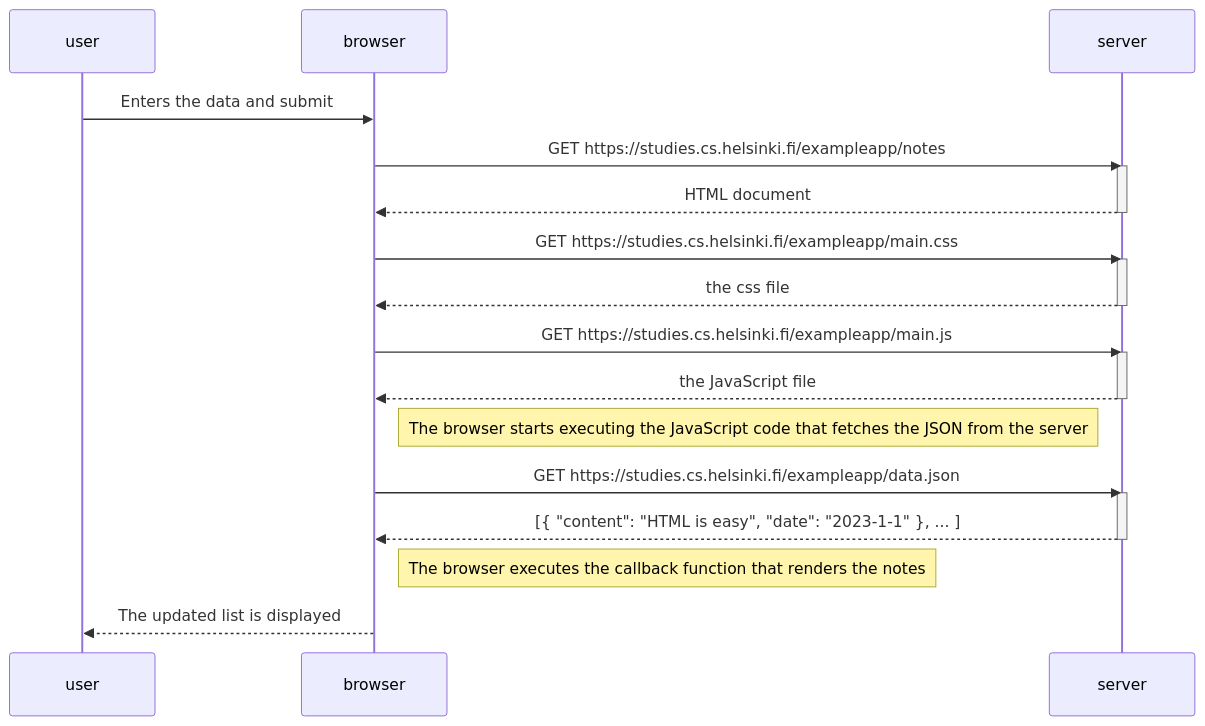
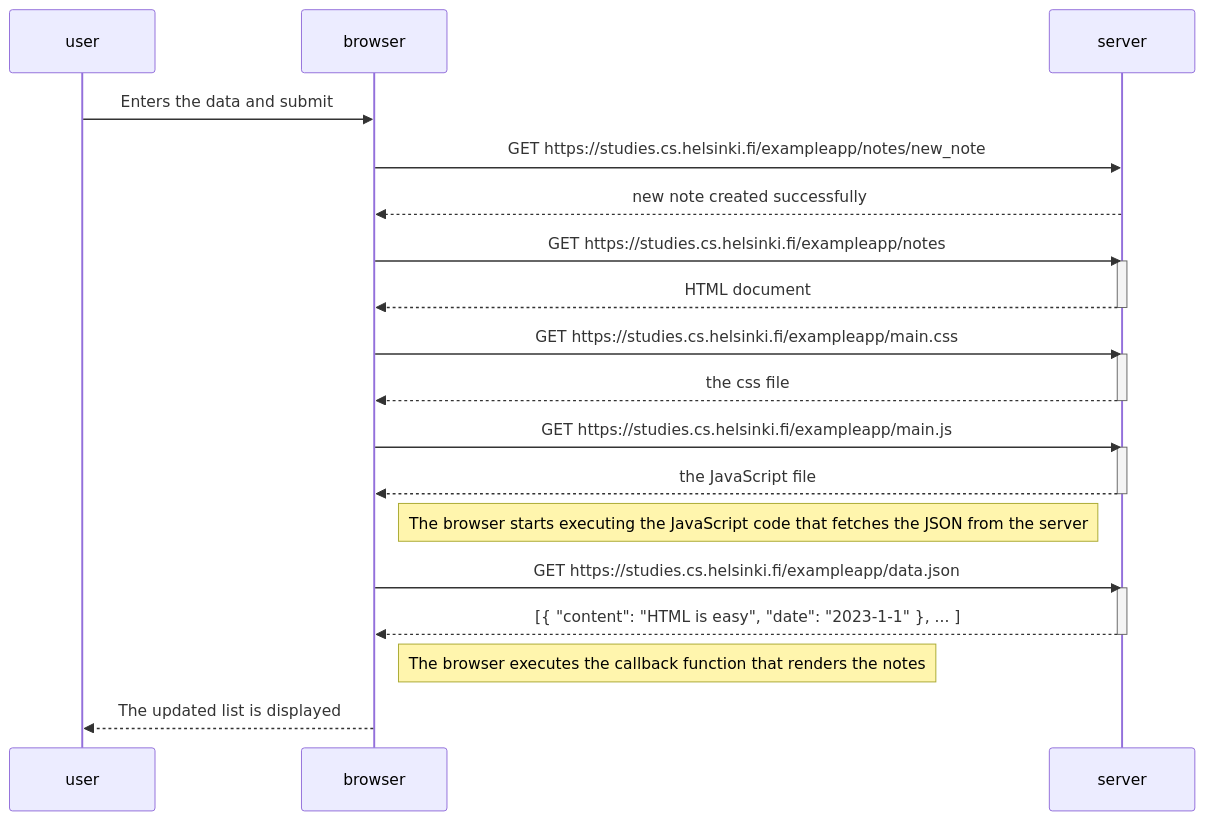
One commit to 2getsandesh/fullstackopen changed the diagram in 0.4.md. Above: the diagram before and after it, drawn with Mermaid.

````diff
--- a/0.4.md
+++ b/0.4.md
@@ -1,35 +1,37 @@
 ```mermaid
 sequenceDiagram
     participant user
     participant browser
     participant server
     
     
     user->>browser: Enters the data and submit
 
+    browser->>server: GET https://studies.cs.helsinki.fi/exampleapp/notes/new_note
+    server-->>browser: new note created successfully
     browser->>server: GET https://studies.cs.helsinki.fi/exampleapp/notes
     activate server
     server-->>browser: HTML document
     deactivate server
 
     browser->>server: GET https://studies.cs.helsinki.fi/exampleapp/main.css
     activate server
     server-->>browser: the css file
     deactivate server
 
     browser->>server: GET https://studies.cs.helsinki.fi/exampleapp/main.js
     activate server
     server-->>browser: the JavaScript file
     deactivate server
 
     Note right of browser: The browser starts executing the JavaScript code that fetches the JSON from the server
 
     browser->>server: GET https://studies.cs.helsinki.fi/exampleapp/data.json
     activate server
     server-->>browser: [{ "content": "HTML is easy", "date": "2023-1-1" }, ... ]
     deactivate server
     
     Note right of browser: The browser executes the callback function that renders the notes
     browser-->>user: The updated list is displayed
     
 ```
````
